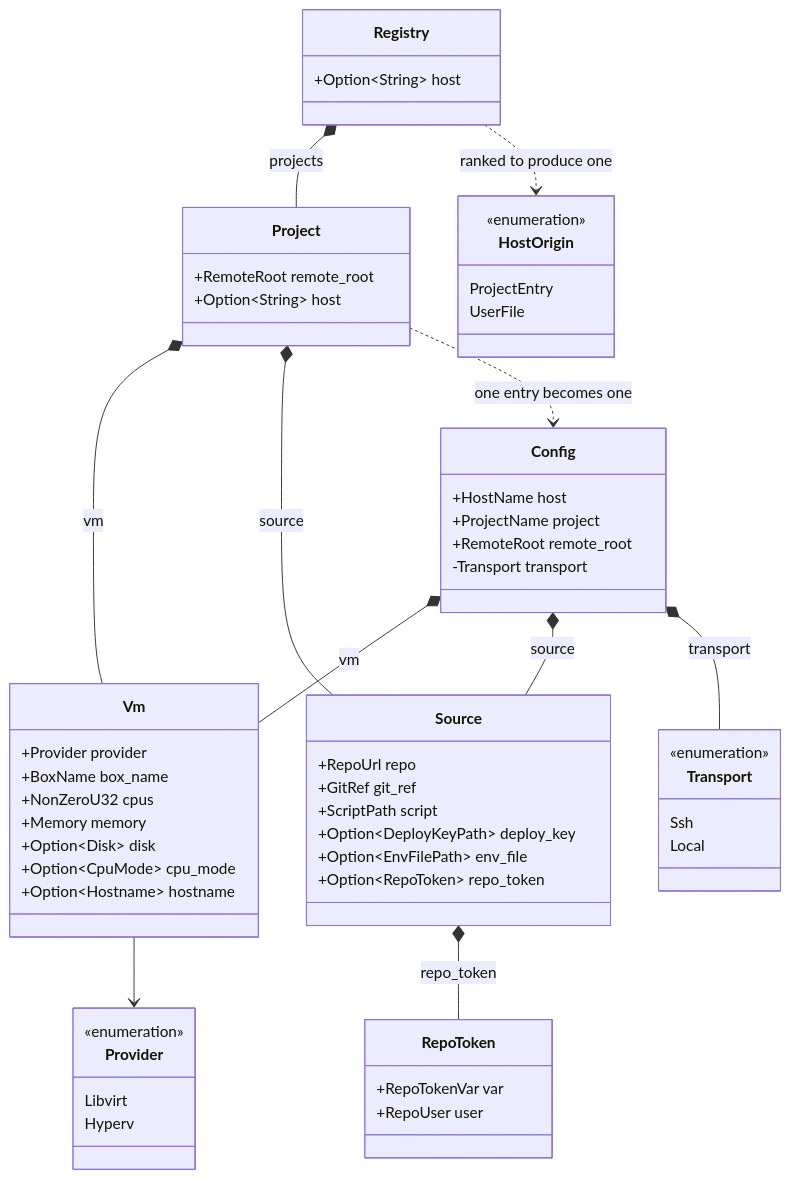
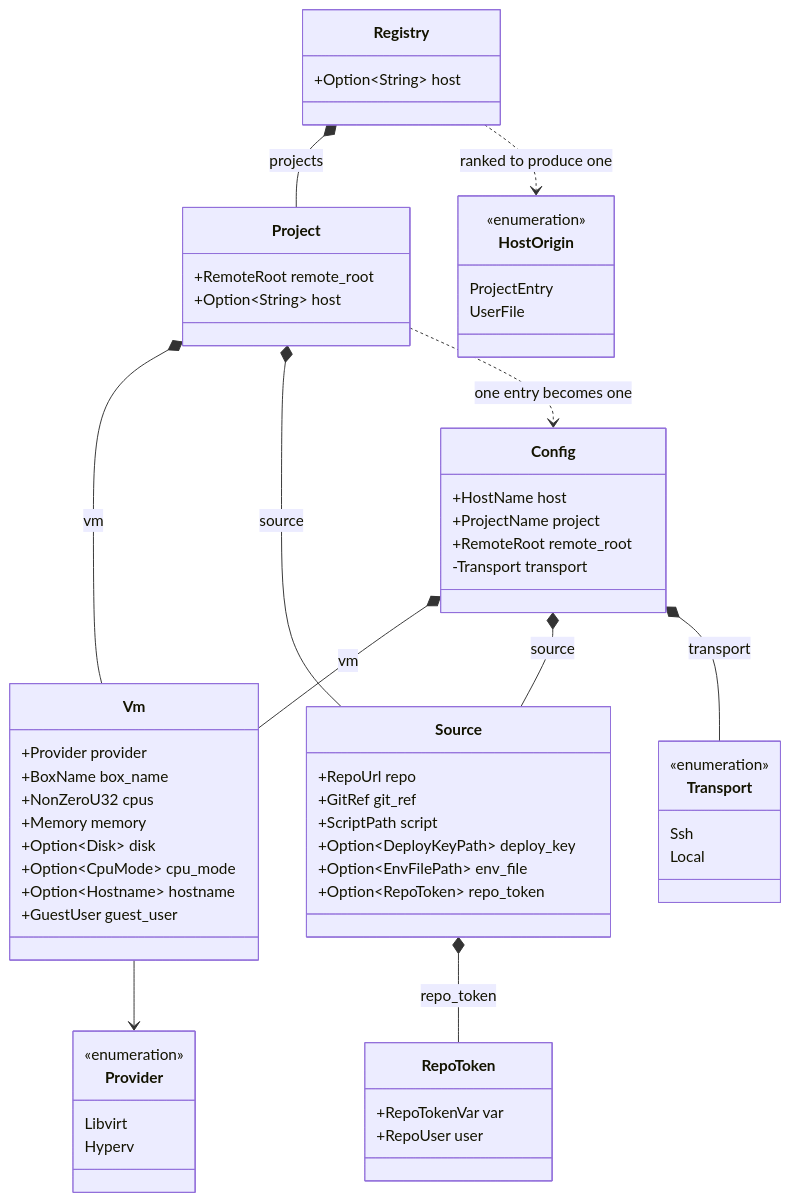
One commit to breki/bombyx changed the third of 6 diagrams in docs/architecture.md. Above: the diagram before and after it, drawn with Mermaid. The commit also changed other lines of this file and 23 other files, not shown here.

````diff
--- a/docs/architecture.md
+++ b/docs/architecture.md
@@ -145,63 +145,64 @@
 ```mermaid
 classDiagram
   class Config {
     +HostName host
     +ProjectName project
     +RemoteRoot remote_root
     -Transport transport
   }
   class Vm {
     +Provider provider
     +BoxName box_name
     +NonZeroU32 cpus
     +Memory memory
     +Option~Disk~ disk
     +Option~CpuMode~ cpu_mode
     +Option~Hostname~ hostname
+    +GuestUser guest_user
   }
   class Source {
     +RepoUrl repo
     +GitRef git_ref
     +ScriptPath script
     +Option~DeployKeyPath~ deploy_key
     +Option~EnvFilePath~ env_file
     +Option~RepoToken~ repo_token
   }
   class RepoToken {
     +RepoTokenVar var
     +RepoUser user
   }
   class Provider {
     <<enumeration>>
     Libvirt
     Hyperv
   }
   class Registry {
     +Option~String~ host
   }
   class Project {
     +RemoteRoot remote_root
     +Option~String~ host
   }
   class HostOrigin {
     <<enumeration>>
     ProjectEntry
     UserFile
   }
   class Transport {
     <<enumeration>>
     Ssh
     Local
   }
 
   Config *-- Vm : vm
   Config *-- Source : source
   Config *-- Transport : transport
   Registry *-- Project : projects
   Project *-- Vm : vm
   Project *-- Source : source
   Project ..> Config : one entry becomes one
   Vm --> Provider
   Source *-- RepoToken : repo_token
   Registry ..> HostOrigin : ranked to produce one
 ```
````
